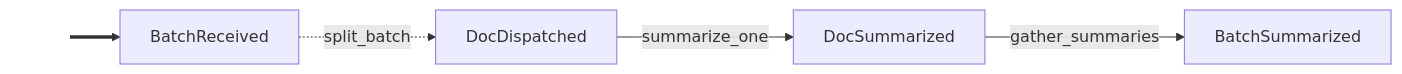
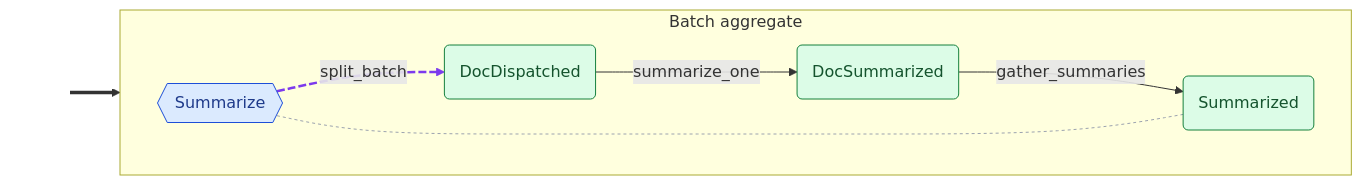
Before and after one commit to cadance-io/langgraph-events: the second of 2 diagrams in examples/map_reduce.graph.md, drawn with Mermaid. The commit also changed other lines of this file and 60 other files, not shown here.

````diff
--- a/examples/map_reduce.graph.md
+++ b/examples/map_reduce.graph.md
@@ -4,9 +43,25 @@
 ```mermaid
 graph LR
     classDef entry fill:none,stroke:none,color:none
-    _e0_[ ]:::entry ==> BatchReceived
-    BatchReceived -.->|split_batch| DocDispatched
+    classDef cmd fill:#dbeafe,stroke:#1d4ed8,color:#1e3a8a
+    classDef devt fill:#dcfce7,stroke:#15803d,color:#14532d
+    classDef intg fill:#ede9fe,stroke:#6d28d9,color:#4c1d95
+    classDef syst fill:#fef3c7,stroke:#b45309,color:#78350f
+    classDef halt fill:#fef3c7,stroke:#b45309,color:#78350f,stroke-width:3px,stroke-dasharray:4 2
+    classDef inv fill:#ffedd5,stroke:#c2410c,color:#7c2d12
+    subgraph Batch["Batch aggregate"]
+        direction LR
+        DocDispatched(DocDispatched):::devt
+        DocSummarized(DocSummarized):::devt
+        Summarize{{Summarize}}:::cmd
+        Summarized(Summarized):::devt
+    end
+    _e0_[ ]:::entry ==> Summarize
+    Summarize -.->|split_batch| DocDispatched
     DocDispatched -->|summarize_one| DocSummarized
-    DocSummarized -->|gather_summaries| BatchSummarized
+    DocSummarized -->|gather_summaries| Summarized
+    Summarize -.- Summarized
 %% Side-effect handlers: audit_trail (Auditable)
+    linkStyle 1 stroke:#7c3aed,stroke-width:2.5px,stroke-dasharray:8 3
+    linkStyle 4 stroke:#9ca3af,stroke-dasharray:3 3
 ```
````
